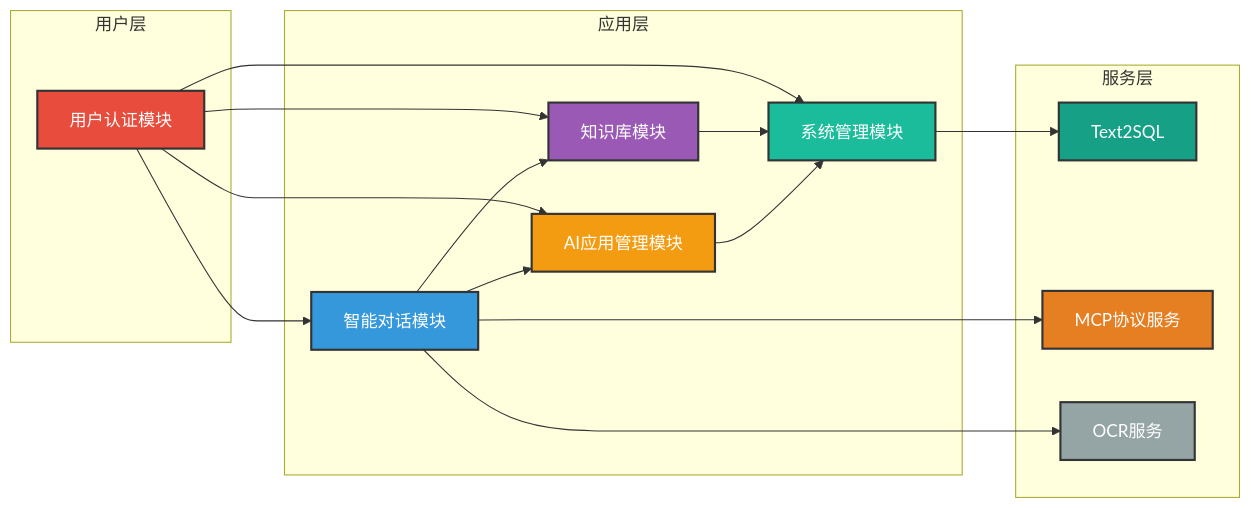
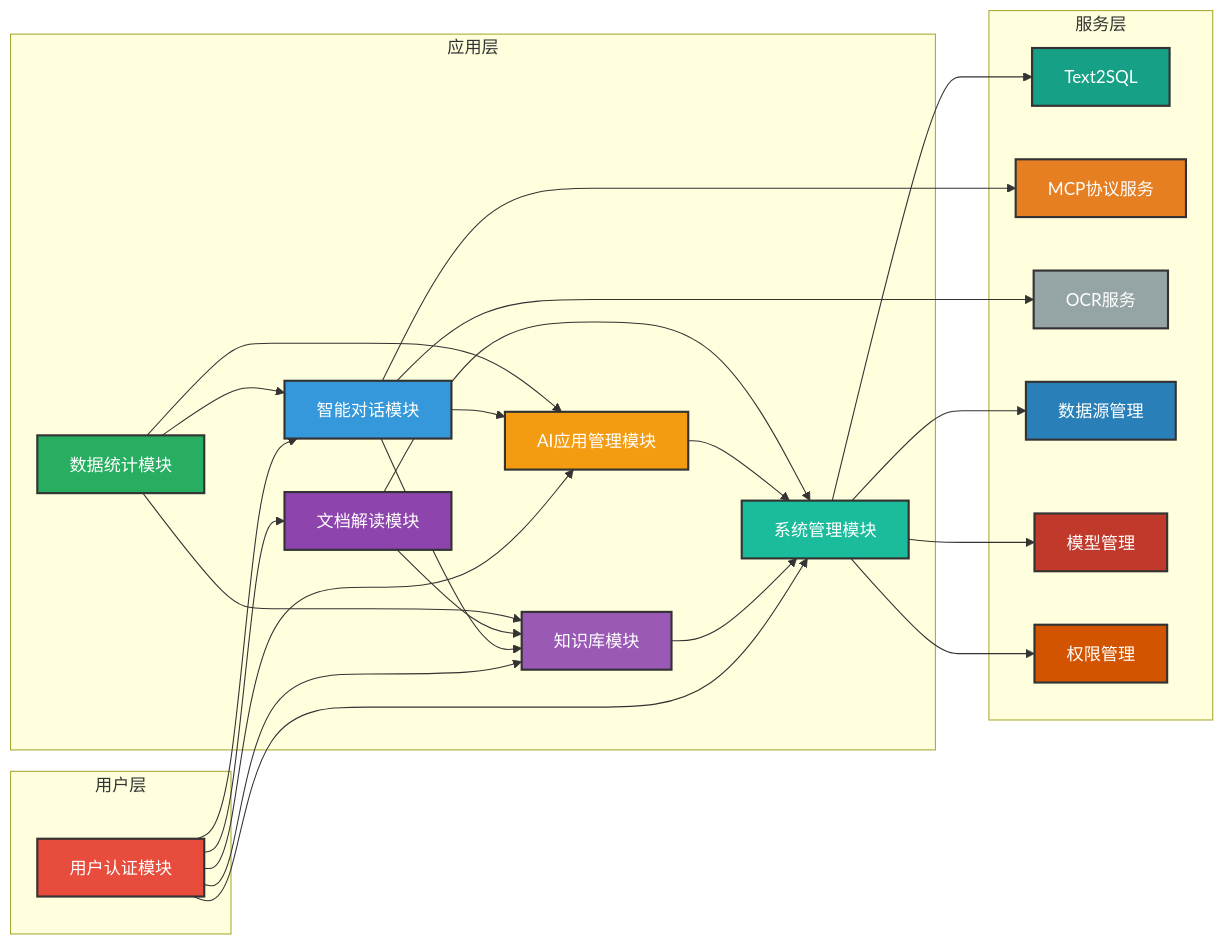
Before and after one commit to NanoAgentCode/DifyApp: the third of 3 diagrams in README.md, drawn with Mermaid. The commit also changed other lines of this file and 2 other files, not shown here.

Commit message:
新增文档解读和数据统计模块，包含文档上传、解析、问答、翻译、思维导图生成等功能

````diff
--- a/README.md
+++ b/README.md
@@ -350,42 +374,63 @@
 ```mermaid
 graph LR
     subgraph "用户层"
         Auth[用户认证模块]
     end
     
     subgraph "应用层"
         Chat[智能对话模块]
         KB[知识库模块]
         App[AI应用管理模块]
         System[系统管理模块]
+        DocReader[文档解读模块]
+        Statistics[数据统计模块]
     end
     
     subgraph "服务层"
         Text2SQL[Text2SQL]
         MCP[MCP协议服务]
         OCR[OCR服务]
+        DataSource[数据源管理]
+        Model[模型管理]
+        Permission[权限管理]
     end
     
     Auth --> Chat
     Auth --> KB
     Auth --> App
     Auth --> System
+    Auth --> DocReader
     
     Chat --> KB
     Chat --> App
     Chat --> MCP
     Chat --> OCR
     
     KB --> System
     App --> System
+    DocReader --> KB
+    DocReader --> System
+    
     System --> Text2SQL
+    System --> DataSource
+    System --> Model
+    System --> Permission
+    
+    Statistics --> Chat
+    Statistics --> KB
+    Statistics --> App
     
     style Auth fill:#e74c3c,stroke:#333,stroke-width:2px,color:#fff
     style Chat fill:#3498db,stroke:#333,stroke-width:2px,color:#fff
     style KB fill:#9b59b6,stroke:#333,stroke-width:2px,color:#fff
     style App fill:#f39c12,stroke:#333,stroke-width:2px,color:#fff
     style System fill:#1abc9c,stroke:#333,stroke-width:2px,color:#fff
     style Text2SQL fill:#16a085,stroke:#333,stroke-width:2px,color:#fff
     style MCP fill:#e67e22,stroke:#333,stroke-width:2px,color:#fff
     style OCR fill:#95a5a6,stroke:#333,stroke-width:2px,color:#fff
+    style DocReader fill:#8e44ad,stroke:#333,stroke-width:2px,color:#fff
+    style Statistics fill:#27ae60,stroke:#333,stroke-width:2px,color:#fff
+    style DataSource fill:#2980b9,stroke:#333,stroke-width:2px,color:#fff
+    style Model fill:#c0392b,stroke:#333,stroke-width:2px,color:#fff
+    style Permission fill:#d35400,stroke:#333,stroke-width:2px,color:#fff
 ```
````
